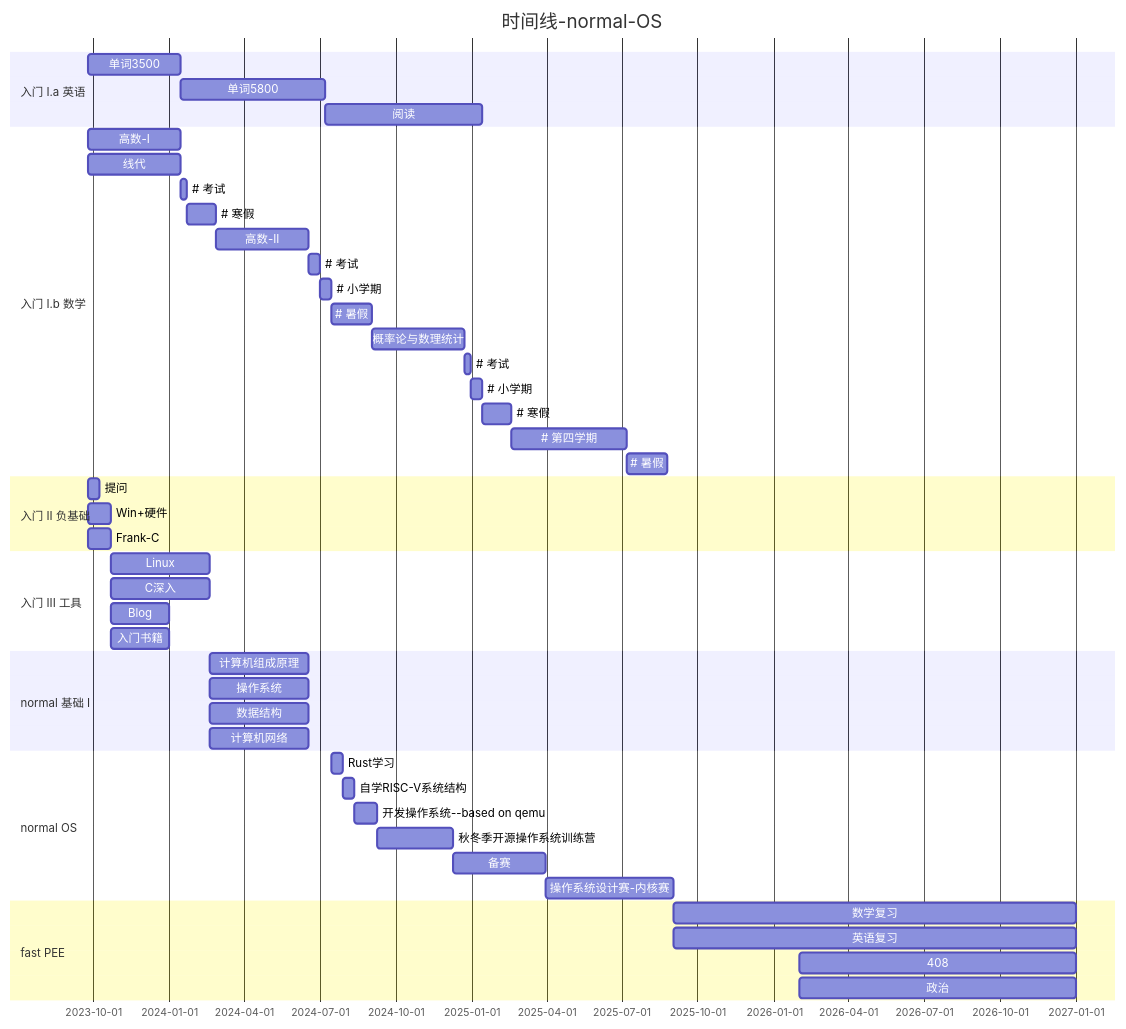
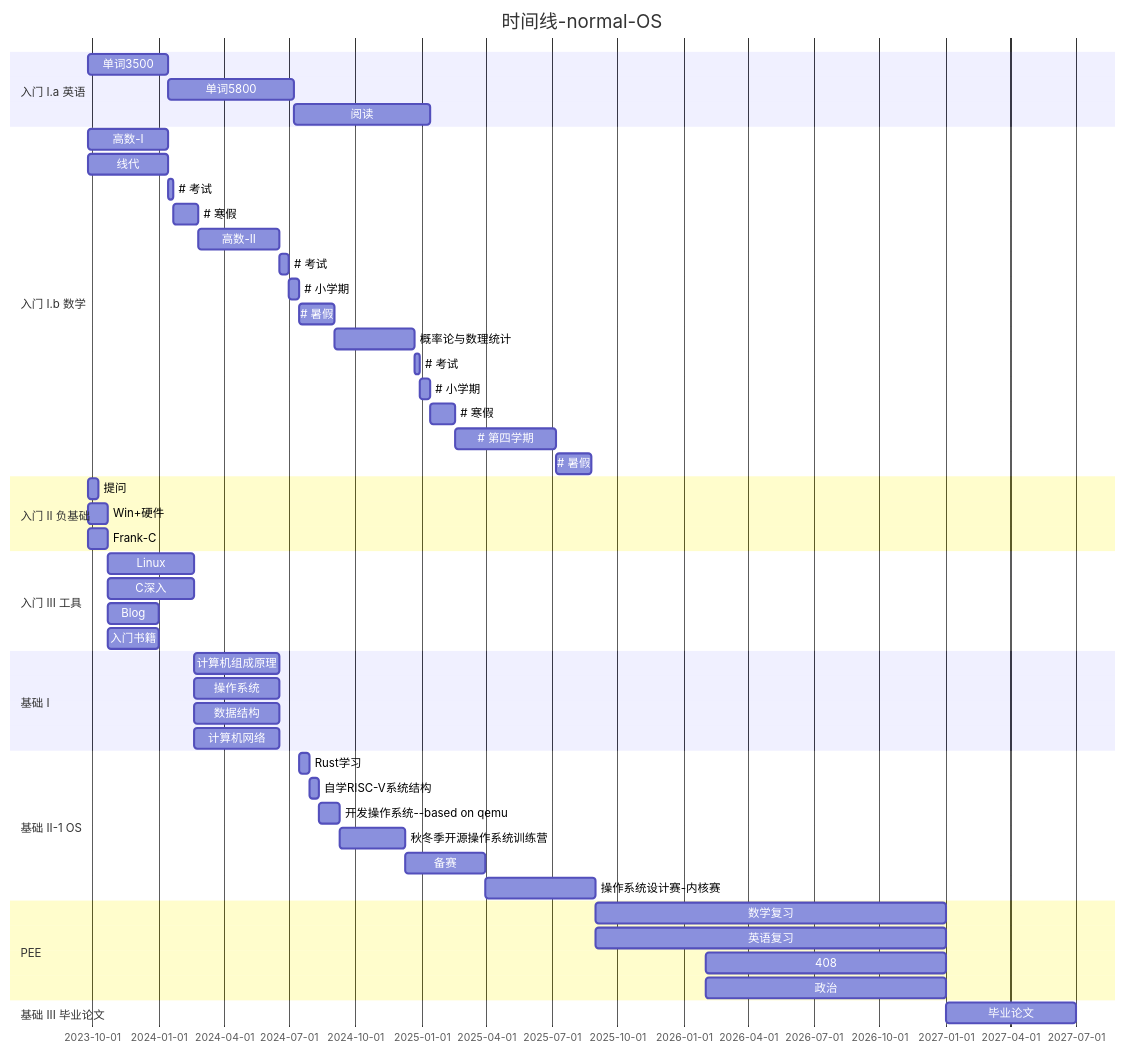
The second of 3 diagrams in docs/greenhand/fertile/route-time.md (Haohahahaha/cs), drawn with Mermaid before and after one commit. The commit also changed other lines of this file and 1 other file, not shown here.

````diff
--- a/docs/greenhand/fertile/route-time.md
+++ b/docs/greenhand/fertile/route-time.md
@@ -51,49 +53,51 @@
 ```mermaid
 gantt
     title 时间线-normal-OS
     section 入门 I.a 英语
     单词3500  : 2023-09-25, 16w
     单词5800  : 25w
     阅读		: 27w
     section 入门 I.b 数学
     高数-I	: 2023-09-25, 16w
     线代 		: 2023-09-25, 16w
 #    考试: 1w
 #    寒假: 5w
     高数-II	: 2024-02-26, 16w
 #    考试: 2w
 #    小学期: 2w
 #    暑假: 7w
     概率论与数理统计: 2024-09-02, 16w
 #    考试: 1w
 #    小学期: 2w
 #    寒假: 5w
 #    第四学期: 20w
 #    暑假: 7w
     section 入门 II 负基础
     提问	: 2023-09-25, 2w
     Win+硬件: 2023-09-25, 4w
     Frank-C	: 2023-09-25, 4w
     section 入门 III 工具
     Linux: 2023-10-23, 17w
     C深入: 2023-10-23, 17w
     Blog: 2023-10-23, 10w
     入门书籍: 2023-10-23, 10w
-    section normal 基础 I
+    section 基础 I
    	计算机组成原理: 2024-02-19, 17w
    	操作系统: 2024-02-19, 17w
    	数据结构: 2024-02-19, 17w
     计算机网络: 2024-02-19, 17w
-    section normal OS
+    section 基础 II-1 OS
     Rust学习: 2024-07-15, 2w
     自学RISC-V系统结构: 2w
     开发操作系统--based on qemu: 4w
     秋冬季开源操作系统训练营: 13w
     备赛:16w
     操作系统设计赛-内核赛: 2025-03-31, 22w
-    section fast PEE
+    section PEE
     数学复习: 2025-09-01, 16M
     英语复习: 2025-09-01, 16M
     408: 2026-02-01, 11M
     政治: 2026-02-01, 11M
+    section 基础 III 毕业论文
+    毕业论文: 2027-01-01,6M
 ```
````
